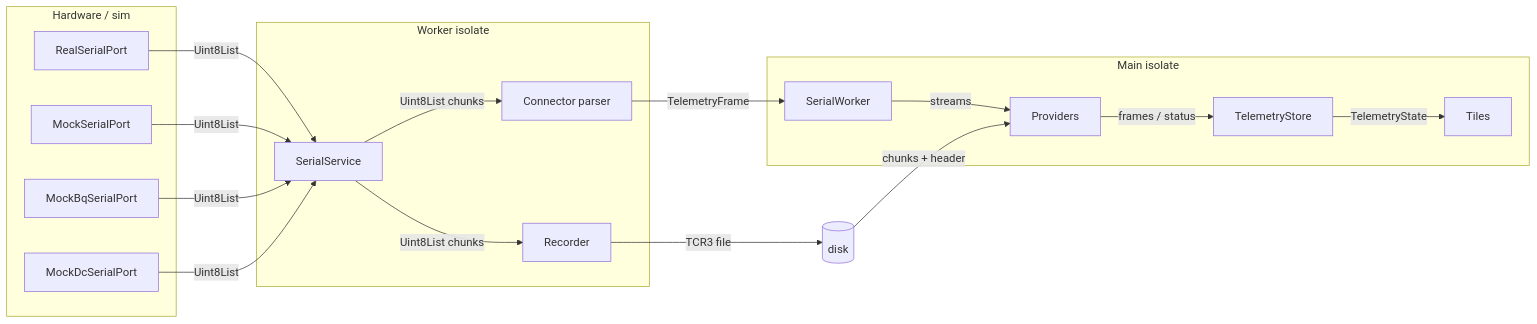
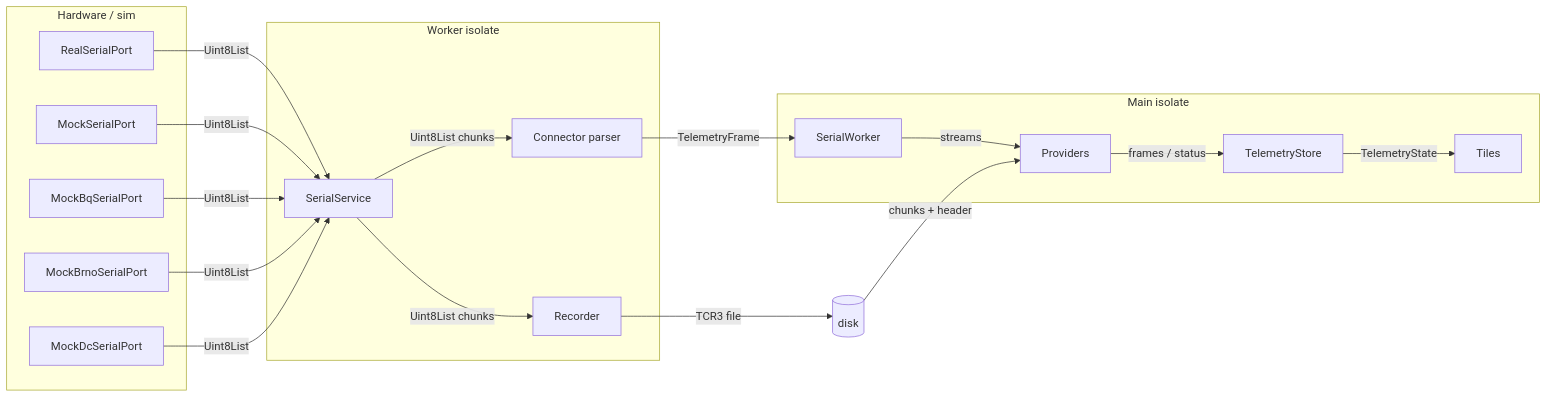
The first of 7 diagrams in docs/data-flow.md (FIT-ARC/TryCatch), drawn with Mermaid before and after one commit. The commit also changed other lines of this file and 14 other files, not shown here.

Commit message:
Add brno mock port

````diff
--- a/docs/data-flow.md
+++ b/docs/data-flow.md
@@ -7,32 +7,34 @@
 ```mermaid
 flowchart LR
     subgraph HW [Hardware / sim]
         REAL[RealSerialPort]
         MOCK[MockSerialPort]
         BQ[MockBqSerialPort]
+        BRNO[MockBrnoSerialPort]
         DC[MockDcSerialPort]
     end
     subgraph ISO [Worker isolate]
         WSVC[SerialService]
         PARSE[Connector parser]
         REC[Recorder]
     end
     subgraph UI [Main isolate]
         MGR[SerialWorker]
         PROV[Providers]
         STORE[TelemetryStore]
         TILES[Tiles]
     end
     REAL -- Uint8List --> WSVC
     MOCK -- Uint8List --> WSVC
     BQ -- Uint8List --> WSVC
+    BRNO -- Uint8List --> WSVC
     DC -- Uint8List --> WSVC
     WSVC -- "Uint8List chunks" --> PARSE
     WSVC -- "Uint8List chunks" --> REC
     PARSE -- TelemetryFrame --> MGR
     REC -- "TCR3 file" --> DISK[(disk)]
     MGR -- "streams" --> PROV
     PROV -- "frames / status" --> STORE
     STORE -- "TelemetryState" --> TILES
     DISK -- "chunks + header" --> PROV
 ```
````
